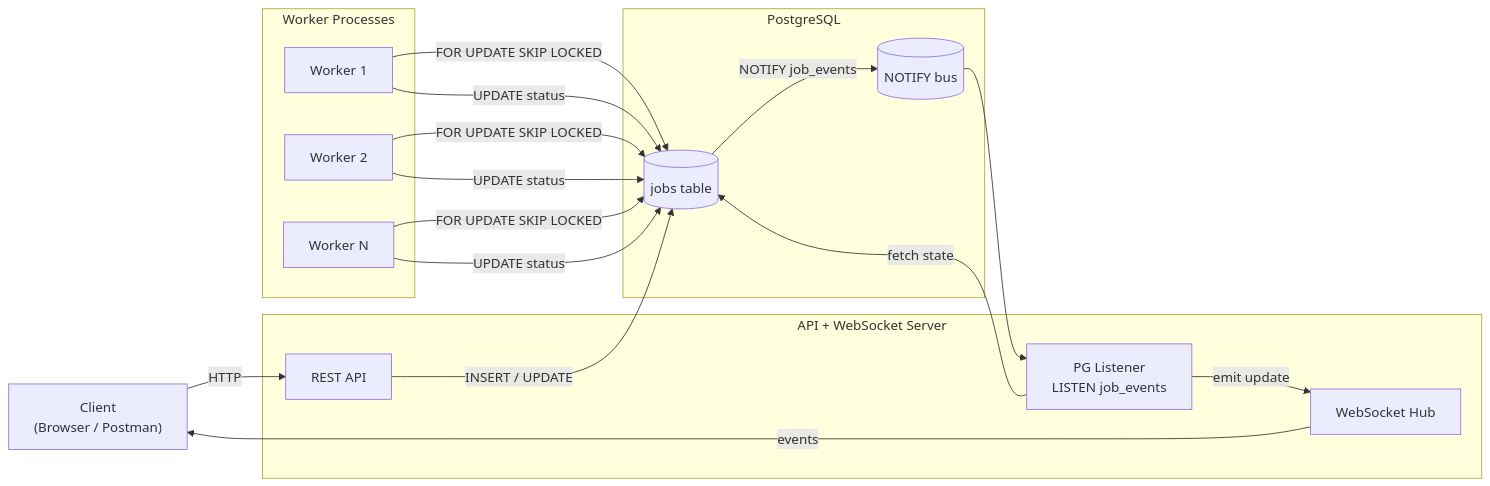
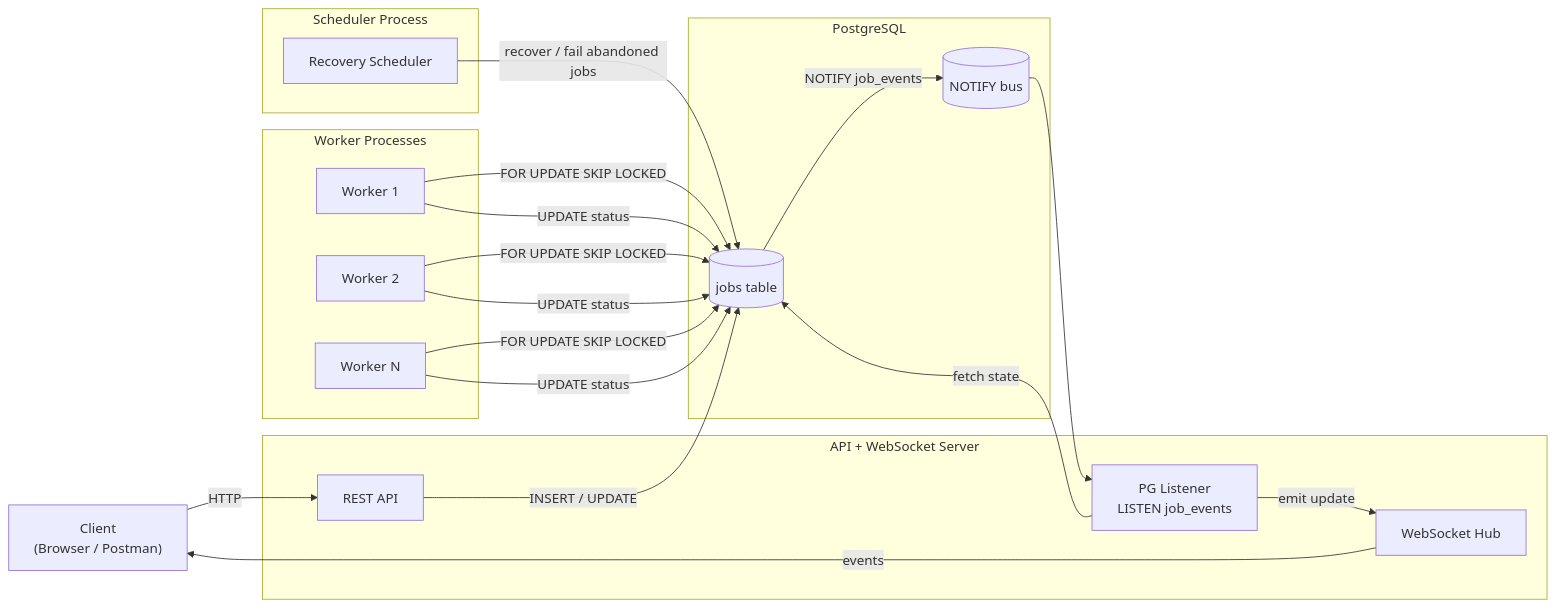
The diagram in README.md (Mourya2044/Job-Queue), drawn with Mermaid before and after one commit. The commit also changed other lines of this file, not shown here.

Commit message:
docs: document scheduler in tagline, architecture diagram, and control flow in README

````diff
--- a/README.md
+++ b/README.md
@@ -27,40 +27,46 @@
 ```mermaid
 flowchart LR
     Client["Client<br/>(Browser / Postman)"]
 
     subgraph API["API + WebSocket Server"]
         HTTP["REST API"]
         WS["WebSocket Hub"]
         LISTENER["PG Listener<br/>LISTEN job_events"]
     end
 
     subgraph DB["PostgreSQL"]
         JOBS[("jobs table")]
         NOTIFY[("NOTIFY bus")]
     end
 
     subgraph WORKERS["Worker Processes"]
         W1["Worker 1"]
         W2["Worker 2"]
         WN["Worker N"]
     end
 
+    subgraph SCHEDULER["Scheduler Process"]
+        SCH["Recovery Scheduler"]
+    end
+
     Client -->|HTTP| HTTP
     WS -->|events| Client
 
     HTTP -->|INSERT / UPDATE| JOBS
 
     W1 -->|FOR UPDATE SKIP LOCKED| JOBS
     W2 -->|FOR UPDATE SKIP LOCKED| JOBS
     WN -->|FOR UPDATE SKIP LOCKED| JOBS
 
     W1 -->|UPDATE status| JOBS
     W2 -->|UPDATE status| JOBS
     WN -->|UPDATE status| JOBS
 
+    SCH -->|recover / fail abandoned jobs| JOBS
+
     JOBS -->|NOTIFY job_events| NOTIFY
     NOTIFY --> LISTENER
 
     LISTENER -->|fetch state| JOBS
     LISTENER -->|emit update| WS
 ```
````
